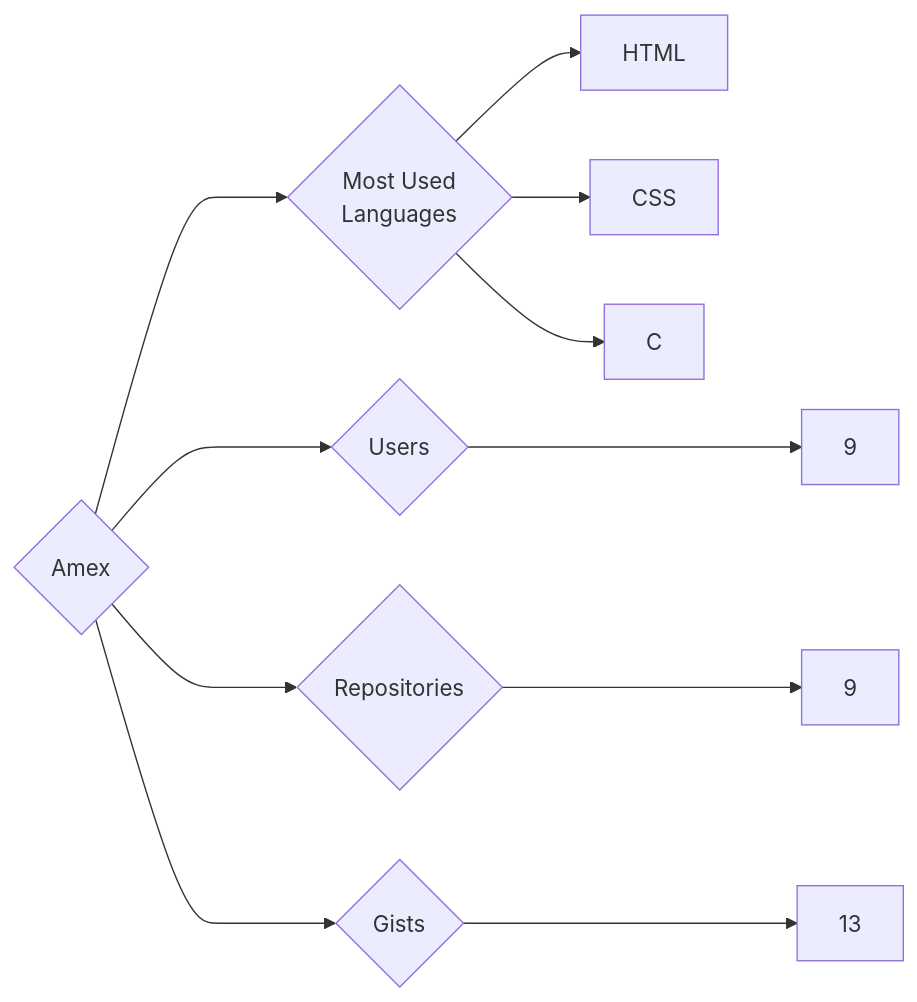
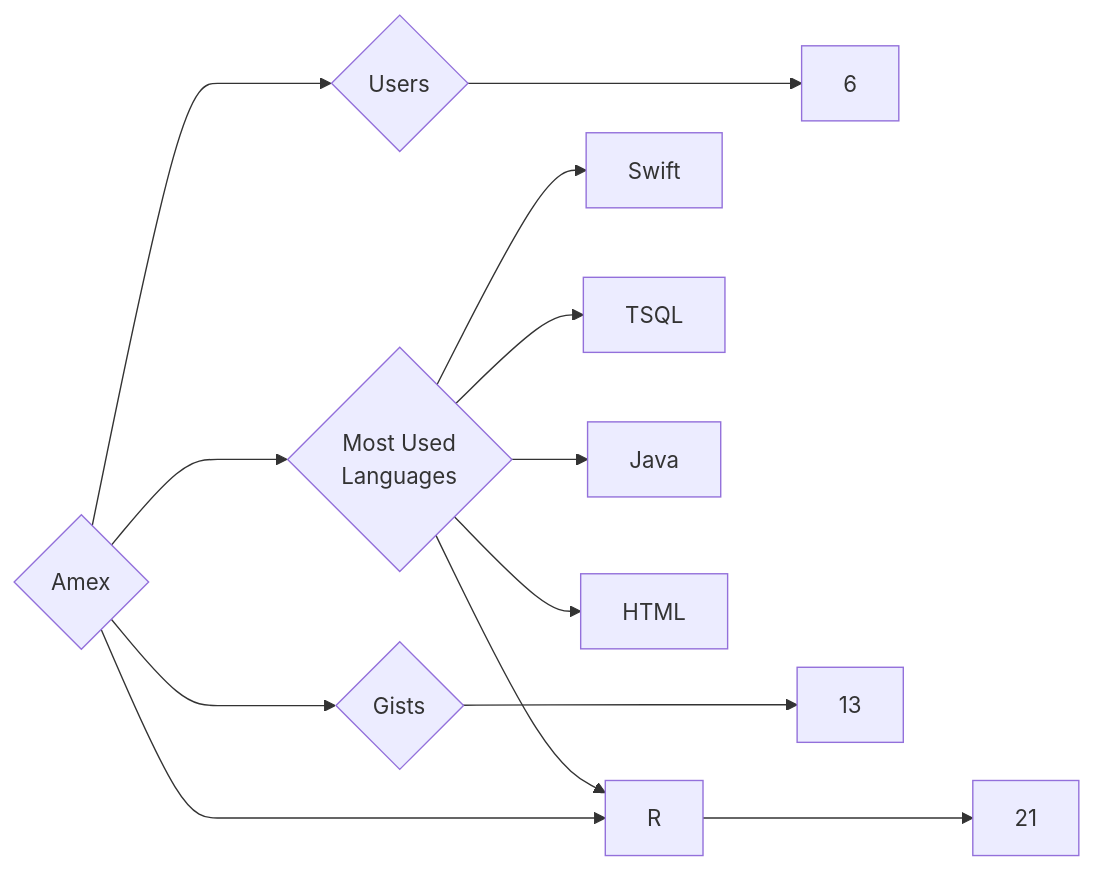
One commit to trickest/insiders changed the diagram in targets/Amex/README.md. Above: the diagram before and after it, drawn with Mermaid. The commit also changed 857 other files, not shown here.

````diff
--- a/targets/Amex/README.md
+++ b/targets/Amex/README.md
@@ -3,11 +3,13 @@
 ```mermaid
 graph LR
 COMPANY_NAME{Amex}
-COMPANY_NAME ---> U{Users} ---> UN[9]
-COMPANY_NAME ---> R{Repositories} ---> RN[9]
+COMPANY_NAME ---> U{Users} ---> UN[6]
+COMPANY_NAME ---> R{Repositories} ---> RN[21]
 COMPANY_NAME ---> G{Gists} ---> GN[13]
 COMPANY_NAME ---> ML{Most Used<br>Languages}
+ML --> Swift[Swift]
+ML --> TSQL[TSQL]
+ML --> R[R]
+ML --> Java[Java]
 ML --> HTML[HTML]
-ML --> CSS[CSS]
-ML --> C[C]
 ```
````
